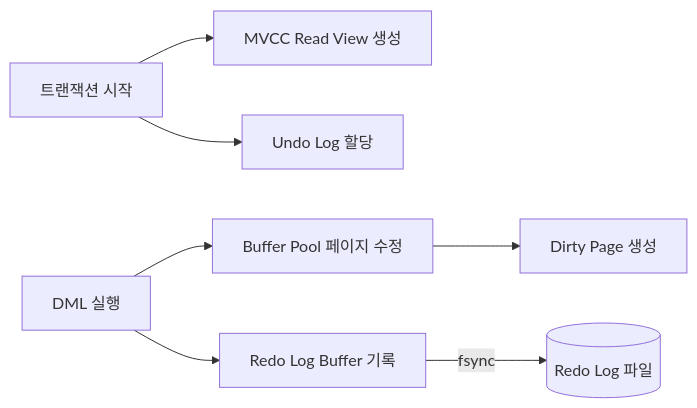
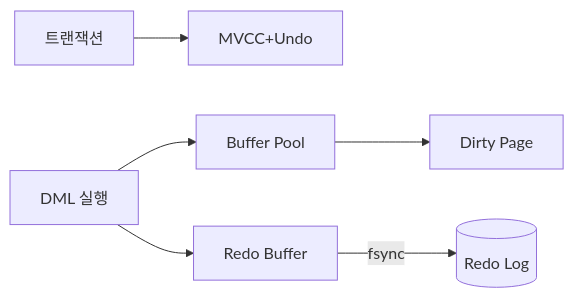
One commit to yjkim2015/yjkim2015.github.io changed the tenth of 11 diagrams in _posts/db/2026-05-01-db-internals.md. Above: the diagram before and after it, drawn with Mermaid. The commit also changed other lines of this file and 245 other files, not shown here.

First line of the commit message:
Mermaid 다이어그램 전면 수정 + 면접 포인트 접기/펼치기 + DB 데드락 페이지

````diff
--- a/_posts/db/2026-05-01-db-internals.md
+++ b/_posts/db/2026-05-01-db-internals.md
@@ -1443,9 +1447,8 @@
 ```mermaid
 graph LR
-    TRX["트랜잭션 시작"] --> MVCC["MVCC Read View 생성"]
-    TRX --> UNDO["Undo Log 할당"]
-    DML["DML 실행"] --> BP["Buffer Pool 페이지 수정"]
-    DML --> RLOG["Redo Log Buffer 기록"]
-    BP --> DIRTY["Dirty Page 생성"]
-    RLOG -->|fsync| DISK_L[(Redo Log 파일)]
+    TRX["트랜잭션"] --> MVCC["MVCC+Undo"]
+    DML["DML 실행"] --> BP["Buffer Pool"]
+    DML --> RLOG["Redo Buffer"]
+    BP --> DIRTY["Dirty Page"]
+    RLOG -->|fsync| DISK[(Redo Log)]
 ```
````
